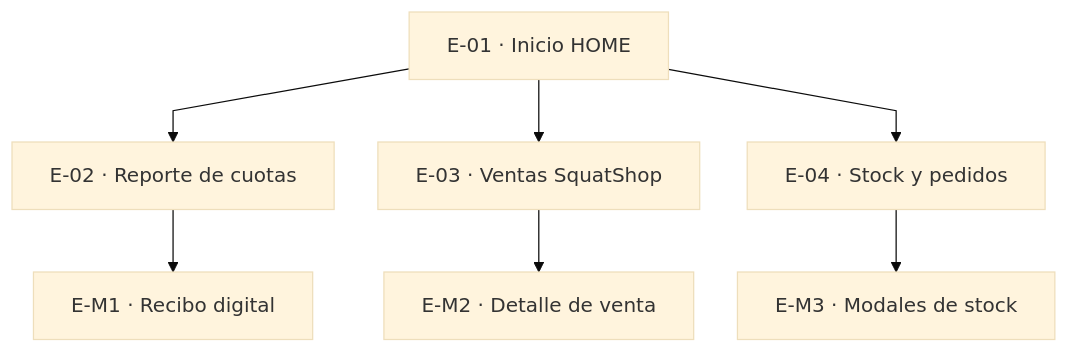
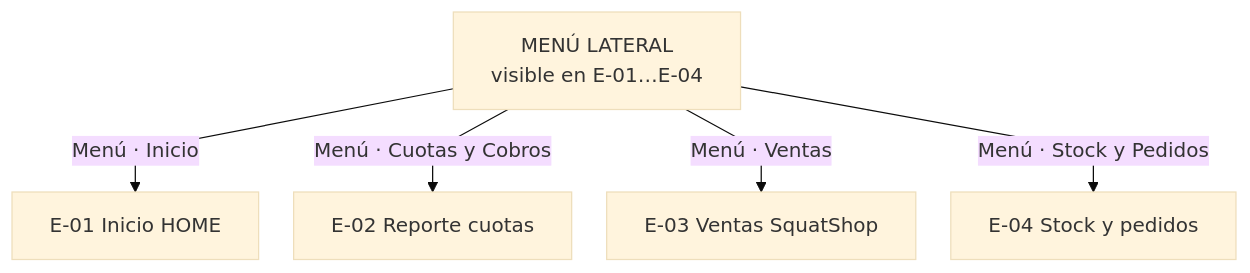
Before and after one commit to julioacostapallud/tss: the second of 5 diagrams in docs/diagrama-navegacion.md, drawn with Mermaid (base theme). The commit also changed other lines of this file, not shown here.

First line of the commit message:
docs: rehacer mapa de navegación con menú como eje principal

````diff
--- a/docs/diagrama-navegacion.md
+++ b/docs/diagrama-navegacion.md
@@ -146,13 +158,10 @@
 ```mermaid
-%%{init: {'flowchart': {'curve': 'linear', 'nodeSpacing': 35, 'rankSpacing': 50}}}%%
+%%{init: {'flowchart': {'curve': 'linear', 'nodeSpacing': 28, 'rankSpacing': 42}}}%%
 flowchart TD
-  E01["E-01 · Inicio HOME"]
+  MENU["MENÚ LATERAL<br/>visible en E-01…E-04"]
 
-  E01 --> E02["E-02 · Reporte de cuotas"]
-  E01 --> E03["E-03 · Ventas SquatShop"]
-  E01 --> E04["E-04 · Stock y pedidos"]
-
-  E02 --> EM1["E-M1 · Recibo digital"]
-  E03 --> EM2["E-M2 · Detalle de venta"]
-  E04 --> EM3["E-M3 · Modales de stock"]
+  MENU -->|Menú · Inicio| E01["E-01 Inicio HOME"]
+  MENU -->|Menú · Cuotas y Cobros| E02["E-02 Reporte cuotas"]
+  MENU -->|Menú · Ventas| E03["E-03 Ventas SquatShop"]
+  MENU -->|Menú · Stock y Pedidos| E04["E-04 Stock y pedidos"]
 ```
````
